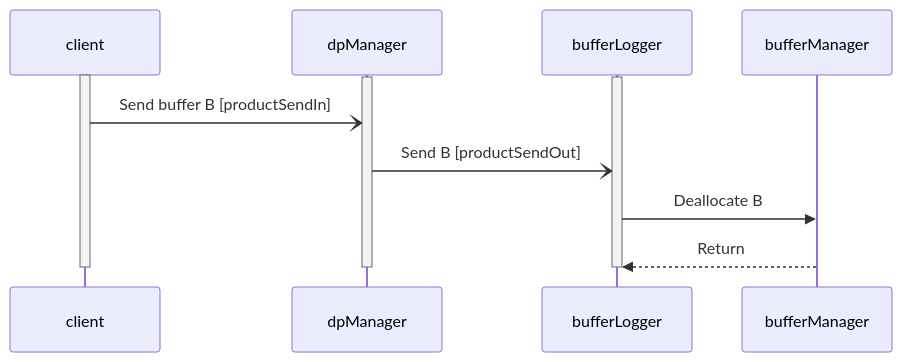
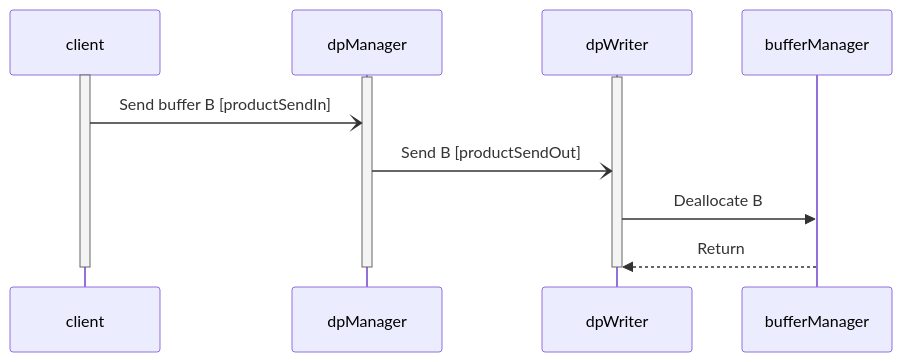
One commit to bocchino/fprime changed the second of 2 diagrams in Svc/DpManager/docs/sdd.md. Above: the diagram before and after it, drawn with Mermaid. The commit also changed other lines of this file and 3 other files, not shown here.

````diff
--- a/Svc/DpManager/docs/sdd.md
+++ b/Svc/DpManager/docs/sdd.md
@@ -178,13 +178,13 @@
 ```mermaid
 sequenceDiagram
     activate client
     activate dpManager
-    activate bufferLogger
+    activate dpWriter
     client-)dpManager: Send buffer B [productSendIn]
-    dpManager-)bufferLogger: Send B [productSendOut]
-    bufferLogger->>bufferManager: Deallocate B
-    bufferManager-->>bufferLogger: Return
-    deactivate bufferLogger
+    dpManager-)dpWriter: Send B [productSendOut]
+    dpWriter->>bufferManager: Deallocate B
+    bufferManager-->>dpWriter: Return
+    deactivate dpWriter
     deactivate dpManager
     deactivate client
 ```
````
